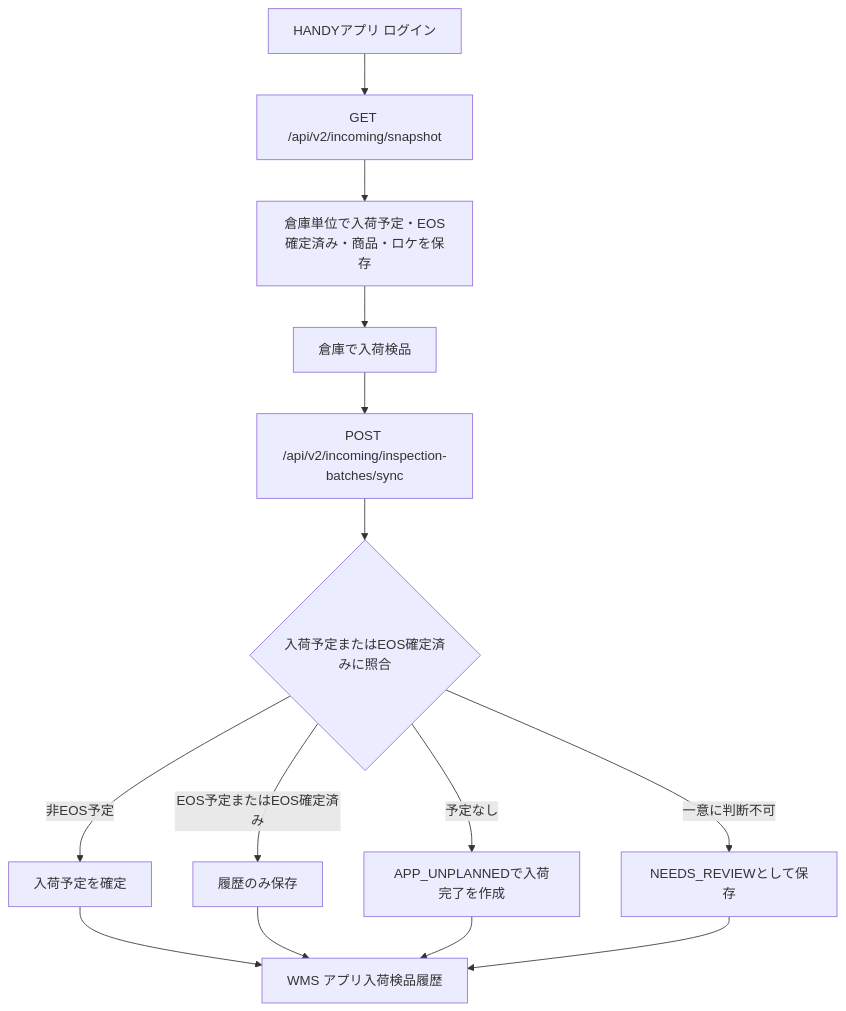
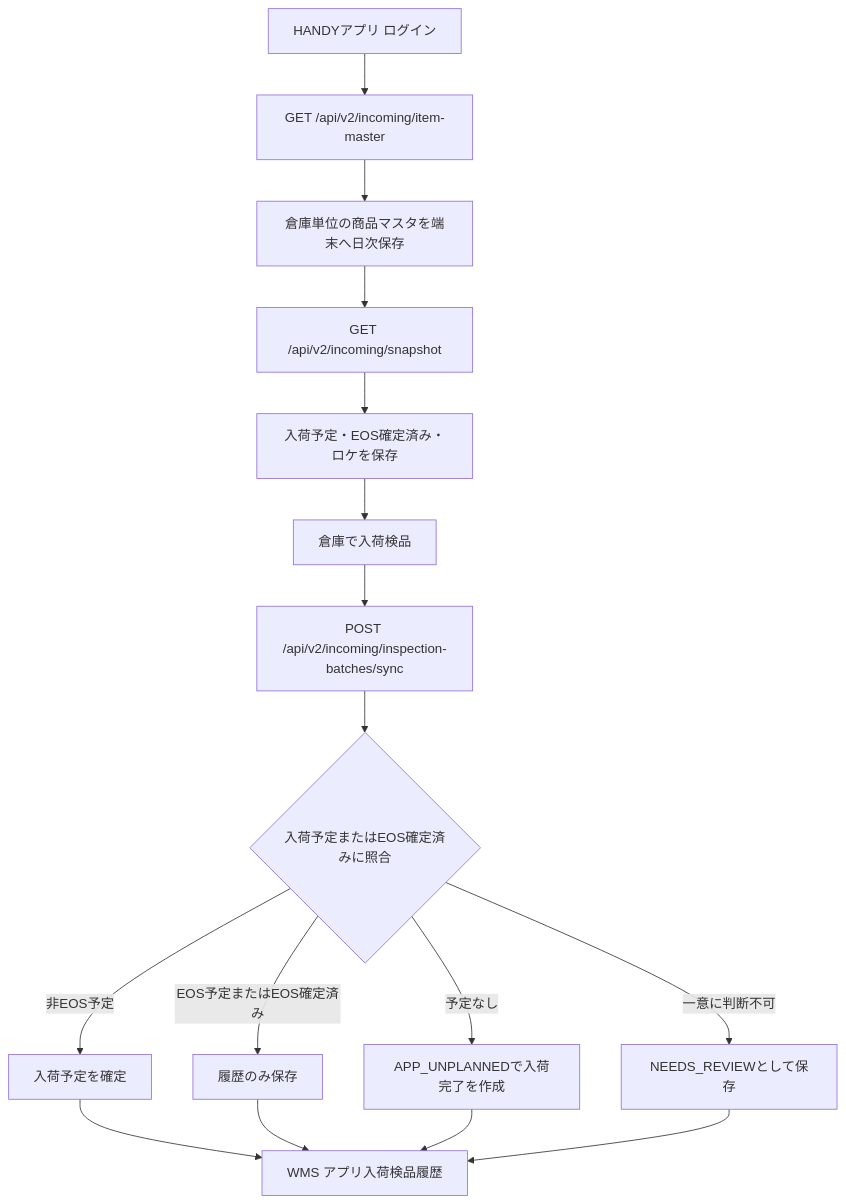
Before and after one commit to SmartLifeLLC/sakemaru-wms: the diagram in storage/specifications/20260808/handy-incoming-api-v2-spec.md, drawn with Mermaid. The commit also changed other lines of this file and 7 other files, not shown here.

Commit message:
Split incoming item master sync

````diff
--- a/storage/specifications/20260808/handy-incoming-api-v2-spec.md
+++ b/storage/specifications/20260808/handy-incoming-api-v2-spec.md
@@ -55,16 +56,18 @@
 ```mermaid
 flowchart TD
-    A["HANDYアプリ ログイン"] --> B["GET /api/v2/incoming/snapshot"]
-    B --> C["倉庫単位で入荷予定・EOS確定済み・商品・ロケを保存"]
-    C --> D["倉庫で入荷検品"]
-    D --> E["POST /api/v2/incoming/inspection-batches/sync"]
-    E --> F{"入荷予定またはEOS確定済みに照合"}
-    F -->|"非EOS予定"| G["入荷予定を確定"]
-    F -->|"EOS予定またはEOS確定済み"| H["履歴のみ保存"]
-    F -->|"予定なし"| I["APP_UNPLANNEDで入荷完了を作成"]
-    F -->|"一意に判断不可"| J["NEEDS_REVIEWとして保存"]
-    G --> K["WMS アプリ入荷検品履歴"]
-    H --> K
-    I --> K
-    J --> K
+    A["HANDYアプリ ログイン"] --> B["GET /api/v2/incoming/item-master"]
+    B --> C["倉庫単位の商品マスタを端末へ日次保存"]
+    C --> D["GET /api/v2/incoming/snapshot"]
+    D --> E["入荷予定・EOS確定済み・ロケを保存"]
+    E --> F["倉庫で入荷検品"]
+    F --> G["POST /api/v2/incoming/inspection-batches/sync"]
+    G --> H{"入荷予定またはEOS確定済みに照合"}
+    H -->|"非EOS予定"| I["入荷予定を確定"]
+    H -->|"EOS予定またはEOS確定済み"| J["履歴のみ保存"]
+    H -->|"予定なし"| K["APP_UNPLANNEDで入荷完了を作成"]
+    H -->|"一意に判断不可"| L["NEEDS_REVIEWとして保存"]
+    I --> M["WMS アプリ入荷検品履歴"]
+    J --> M
+    K --> M
+    L --> M
 ```
````
